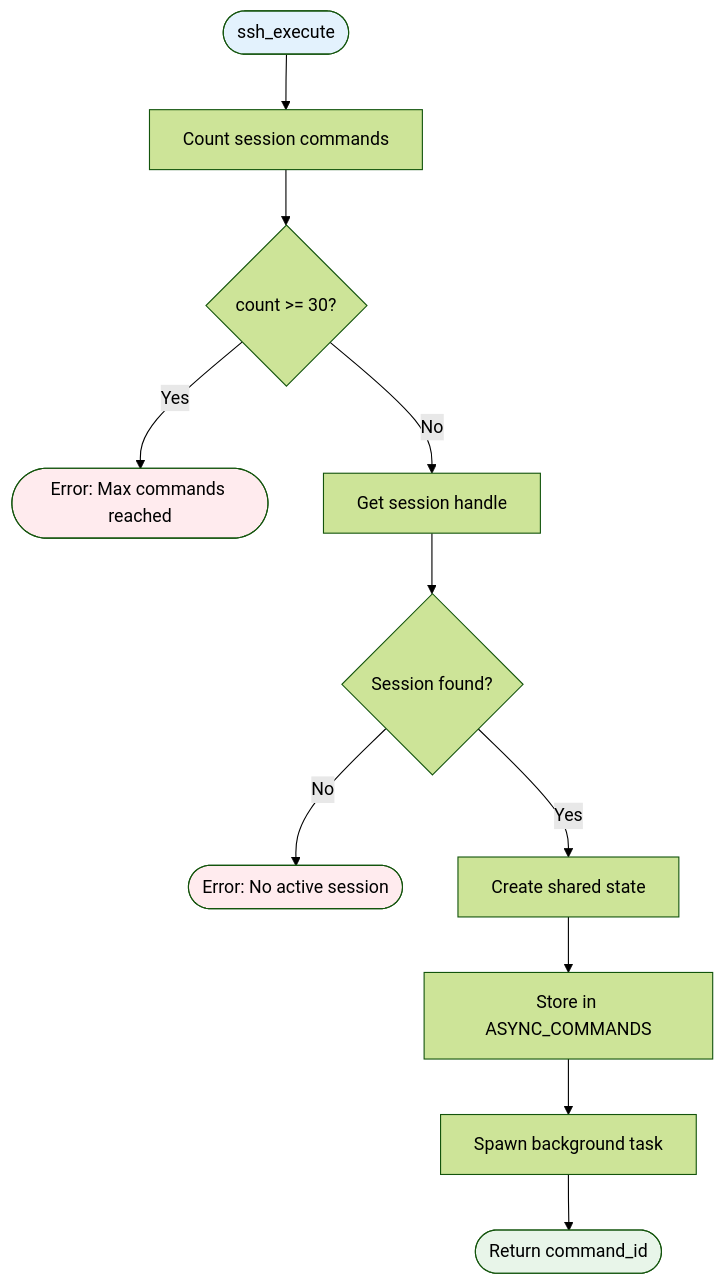
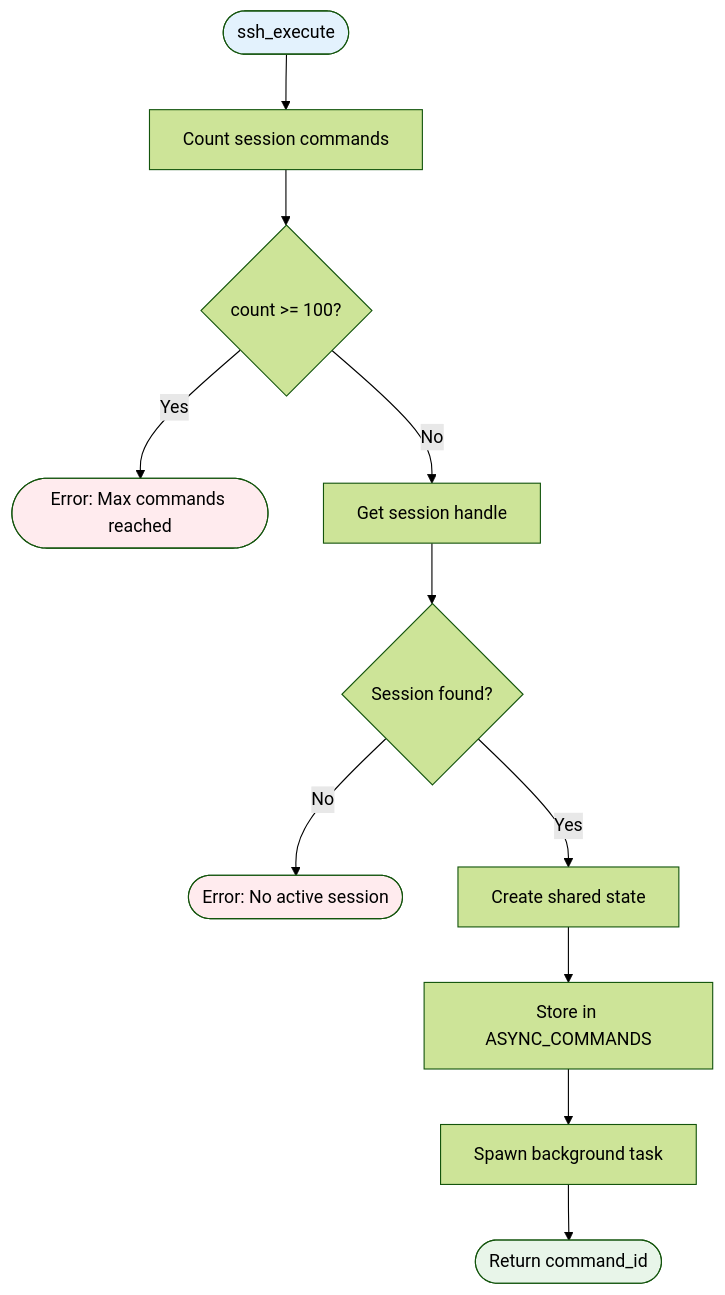
Before and after one commit to farchanjo/ssh-mcp: diagram 11 of 24 in docs/FLOWS.md, drawn with Mermaid (forest theme). The commit also changed other lines of this file and 5 other files, not shown here.

````diff
--- a/docs/FLOWS.md
+++ b/docs/FLOWS.md
@@ -532,21 +532,21 @@
 ```mermaid
 flowchart TD
     Start([ssh_execute]) --> CountCommands[Count session commands]
-    CountCommands --> CheckLimit{count >= 30?}
+    CountCommands --> CheckLimit{count >= 100?}
 
     CheckLimit -->|Yes| RejectError([Error: Max commands reached])
     CheckLimit -->|No| GetSession[Get session handle]
 
     GetSession --> SessionExists{Session found?}
     SessionExists -->|No| SessionError([Error: No active session])
     SessionExists -->|Yes| CreateState[Create shared state]
 
     CreateState --> Store[Store in ASYNC_COMMANDS]
     Store --> Spawn[Spawn background task]
     Spawn --> Return([Return command_id])
 
     style Start fill:#e3f2fd
     style Return fill:#e8f5e9
     style RejectError fill:#ffebee
     style SessionError fill:#ffebee
 ```
````
